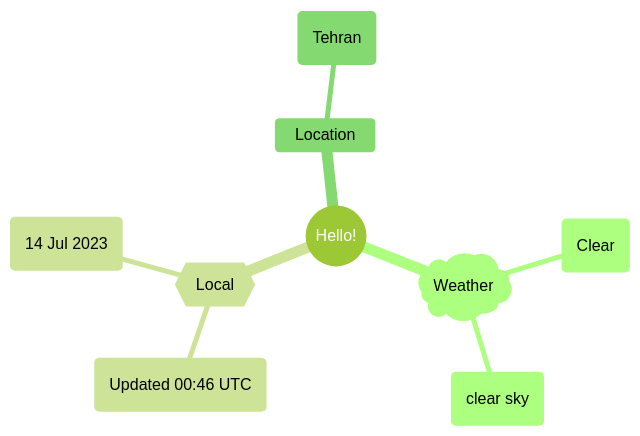
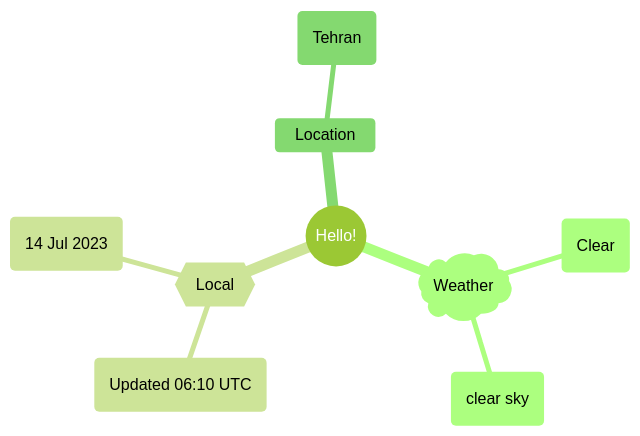
One commit to Xosrov/Xosrov changed the first of 2 diagrams in README.md. Above: the diagram before and after it, drawn with Mermaid (forest theme).

Commit message:
[bot] updated images

````diff
--- a/README.md
+++ b/README.md
@@ -3,12 +3,12 @@
 ```mermaid
 mindmap
   root((Hello!))
     )Weather(
         (Clear)
         (clear sky)
     {{Local}}
-        (Updated 00:46 UTC)
+        (Updated 06:10 UTC)
         (14 Jul 2023)
     Location
         (Tehran)
 ```
````
